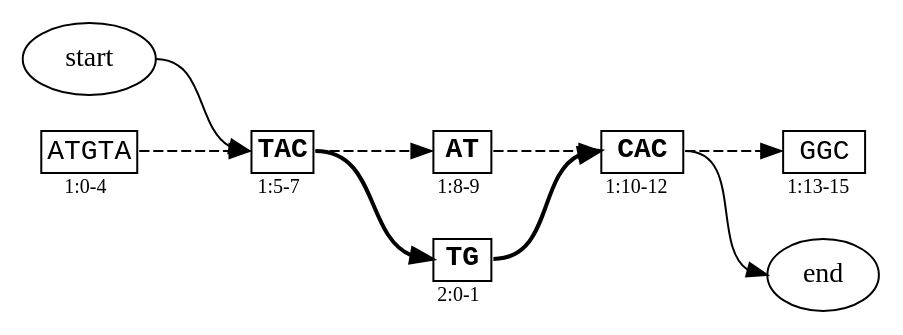
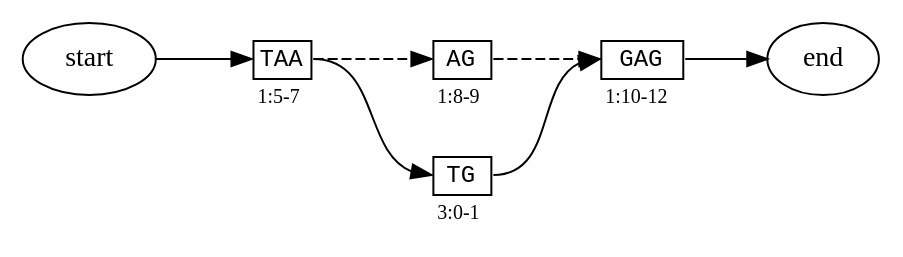
The diagram in docs/figures/operators/extract_output.dot (ginkgobioworks/gen), drawn with Graphviz before and after one commit. The commit also changed 14 other files, not shown here.

Commit message:
extraction function in graph.py

```diff
--- a/docs/figures/operators/extract_output.dot
+++ b/docs/figures/operators/extract_output.dot
@@ -1,39 +1,30 @@
 strict digraph "" {
-	graph [rankdir=LR,
+	graph [fontnames=svg,
+		rankdir=LR,
 		ranksep=0.5,
 		splines=true
 	];
 	node [label="\N"];
 	start	[label=start];
-	1.5	[label=<<TABLE BORDER='0' CELLBORDER='1' CELLSPACING='0'><TR><TD ALIGN='CENTER' PORT='seq'><FONT FACE='Courier'><B>TAC</B></FONT></TD></TR><TR><TD BORDER='0' ALIGN='CENTER'><FONT POINT-SIZE='10'>1:5-7</FONT></TD></TR></TABLE>>,
+	1.5	[label=<<TABLE BORDER='0' CELLBORDER='1'><TR><TD ALIGN='CENTER' PORT='seq'><FONT POINT-SIZE='12' FACE='Monospace'>TAA</FONT></TD></TR><TR><TD BORDER='0' ALIGN='CENTER'><FONT POINT-SIZE='10'>1:5-7</FONT></TD></TR></TABLE>>,
 		margin=0,
 		shape=none];
 	start:e -> 1.5:seq:w;
-	1.0	[label=<<TABLE BORDER='0' CELLBORDER='1' CELLSPACING='0'><TR><TD ALIGN='CENTER' PORT='seq'><FONT FACE='Courier'>ATGTA</FONT></TD></TR><TR><TD BORDER='0' ALIGN='CENTER'><FONT POINT-SIZE='10'>1:0-4</FONT></TD></TR></TABLE>>,
-		margin=0,
-		shape=none];
-	1.0:seq:e -> 1.5:seq:w	[style=dashed,
-		weight=10];
-	1.8	[label=<<TABLE BORDER='0' CELLBORDER='1' CELLSPACING='0'><TR><TD ALIGN='CENTER' PORT='seq'><FONT FACE='Courier'><B>AT</B></FONT></TD></TR><TR><TD BORDER='0' ALIGN='CENTER'><FONT POINT-SIZE='10'>1:8-9</FONT></TD></TR></TABLE>>,
+	1.8	[label=<<TABLE BORDER='0' CELLBORDER='1'><TR><TD ALIGN='CENTER' PORT='seq'><FONT POINT-SIZE='12' FACE='Monospace'>AG</FONT></TD></TR><TR><TD BORDER='0' ALIGN='CENTER'><FONT POINT-SIZE='10'>1:8-9</FONT></TD></TR></TABLE>>,
 		margin=0,
 		shape=none];
 	1.5:seq:e -> 1.8:seq:w	[style=dashed,
 		weight=10];
-	2.0	[label=<<TABLE BORDER='0' CELLBORDER='1' CELLSPACING='0'><TR><TD ALIGN='CENTER' PORT='seq'><FONT FACE='Courier'><B>TG</B></FONT></TD></TR><TR><TD BORDER='0' ALIGN='CENTER'><FONT POINT-SIZE='10'>2:0-1</FONT></TD></TR></TABLE>>,
+	3.0	[label=<<TABLE BORDER='0' CELLBORDER='1'><TR><TD ALIGN='CENTER' PORT='seq'><FONT POINT-SIZE='12' FACE='Monospace'>TG</FONT></TD></TR><TR><TD BORDER='0' ALIGN='CENTER'><FONT POINT-SIZE='10'>3:0-1</FONT></TD></TR></TABLE>>,
 		margin=0,
 		shape=none];
-	1.5:seq:e -> 2.0:seq:w	[penwidth=2];
-	1.10	[label=<<TABLE BORDER='0' CELLBORDER='1' CELLSPACING='0'><TR><TD ALIGN='CENTER' PORT='seq'><FONT FACE='Courier'><B>CAC</B></FONT></TD></TR><TR><TD BORDER='0' ALIGN='CENTER'><FONT POINT-SIZE='10'>1:10-12</FONT></TD></TR></TABLE>>,
+	1.5:seq:e -> 3.0:seq:w;
+	1.10	[label=<<TABLE BORDER='0' CELLBORDER='1'><TR><TD ALIGN='CENTER' PORT='seq'><FONT POINT-SIZE='12' FACE='Monospace'>GAG</FONT></TD></TR><TR><TD BORDER='0' ALIGN='CENTER'><FONT POINT-SIZE='10'>1:10-12</FONT></TD></TR></TABLE>>,
 		margin=0,
 		shape=none];
 	1.8:seq:e -> 1.10:seq:w	[style=dashed,
 		weight=10];
-	1.13	[label=<<TABLE BORDER='0' CELLBORDER='1' CELLSPACING='0'><TR><TD ALIGN='CENTER' PORT='seq'><FONT FACE='Courier'>GGC</FONT></TD></TR><TR><TD BORDER='0' ALIGN='CENTER'><FONT POINT-SIZE='10'>1:13-15</FONT></TD></TR></TABLE>>,
-		margin=0,
-		shape=none];
-	1.10:seq:e -> 1.13:seq:w	[style=dashed,
-		weight=10];
 	end	[label=end];
 	1.10:seq:e -> end:w;
-	2.0:seq:e -> 1.10:seq:w	[penwidth=2];
+	3.0:seq:e -> 1.10:seq:w;
 }
```
